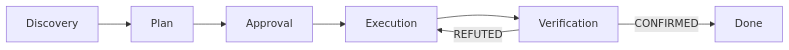
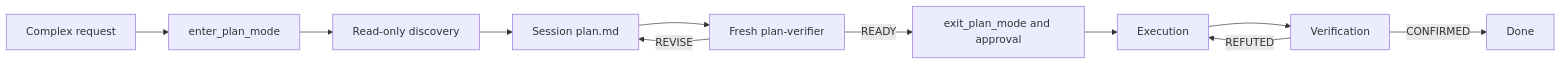
The third of 3 diagrams in README.md (Nanako0129/pilotfish-grok), drawn with Mermaid before and after one commit. The commit also changed other lines of this file and 12 other files, not shown here.

````diff
--- a/README.md
+++ b/README.md
@@ -137,9 +140,13 @@
 ```mermaid
 flowchart LR
-    D[Discovery] --> P[Plan]
-    P --> A[Approval]
+    R[Complex request] --> N[enter_plan_mode]
+    N --> D[Read-only discovery]
+    D --> P[Session plan.md]
+    P --> PV[Fresh plan-verifier]
+    PV -->|REVISE| P
+    PV -->|READY| A[exit_plan_mode and approval]
     A --> E[Execution]
     E --> V[Verification]
     V -->|REFUTED| E
     V -->|CONFIRMED| Done[Done]
 ```
````
